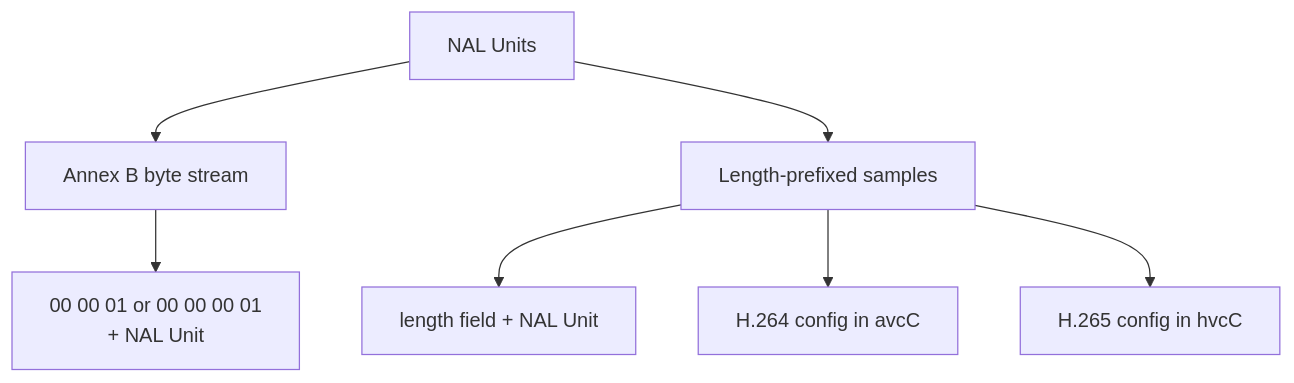
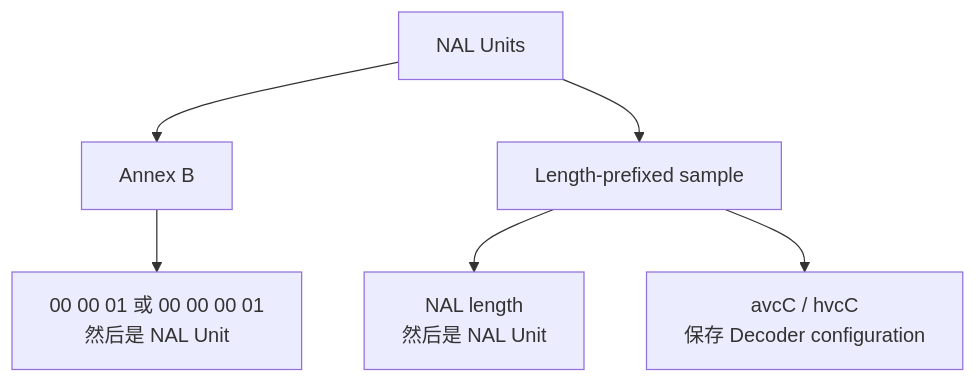
Before and after one commit to flycodeu/FlyCodeCenter: the sixth of 9 diagrams in src/content/tutorial/ffmpeg/08-H264-H265-Bitstream.md, drawn with Mermaid. The commit also changed other lines of this file and 1 other file, not shown here.

````diff
--- a/src/content/tutorial/ffmpeg/08-H264-H265-Bitstream.md
+++ b/src/content/tutorial/ffmpeg/08-H264-H265-Bitstream.md
@@ -251,9 +310,9 @@
 ```mermaid
 flowchart TD
-  N[NAL Units] --> AB[Annex B byte stream]
-  N --> LP[Length-prefixed samples]
-  AB --> SC[00 00 01 or 00 00 00 01<br/>+ NAL Unit]
-  LP --> LEN[length field + NAL Unit]
-  LP --> AVC[H.264 config in avcC]
-  LP --> HEVC[H.265 config in hvcC]
+  N[NAL Units]
+  N --> AB[Annex B]
+  N --> LP[Length-prefixed sample]
+  AB --> SC[00 00 01 或 00 00 00 01<br/>然后是 NAL Unit]
+  LP --> LEN[NAL length<br/>然后是 NAL Unit]
+  LP --> CFG[avcC / hvcC<br/>保存 Decoder configuration]
 ```
````
